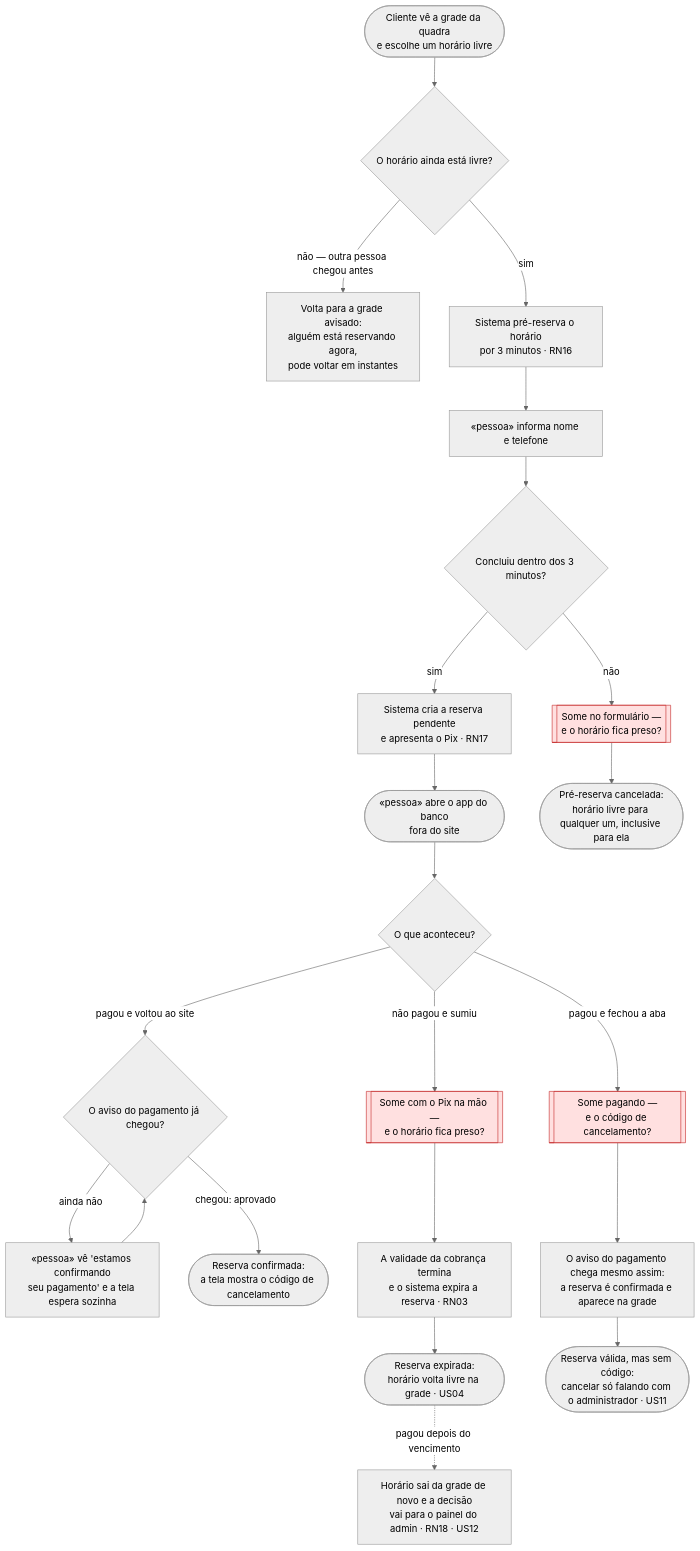
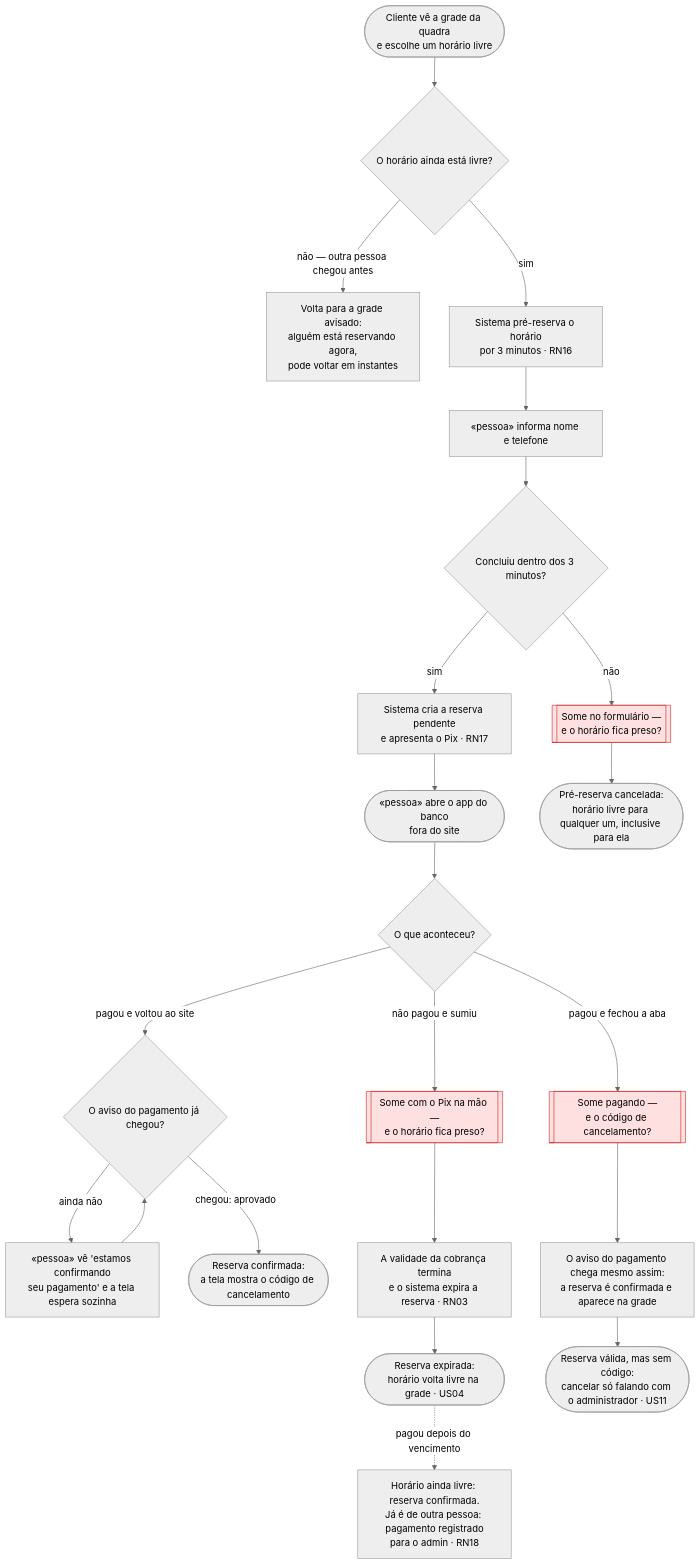
Before and after one commit to LuizGustavoSantiagoo/reserva-de-horarios: the diagram in docs/user-flows.md, drawn with Mermaid (neutral theme). The commit also changed other lines of this file, not shown here.

Commit message:
📚 docs: jornada sem pagamento em revisão

````diff
--- a/docs/user-flows.md
+++ b/docs/user-flows.md
@@ -30,28 +30,28 @@
 ```mermaid
 flowchart TD
     A(["Cliente vê a grade da quadra<br/>e escolhe um horário livre"]) --> B{"O horário ainda está livre?"}
     B -->|"não — outra pessoa chegou antes"| B1["Volta para a grade avisado:<br/>alguém está reservando agora,<br/>pode voltar em instantes"]
     B -->|"sim"| C["Sistema pré-reserva o horário<br/>por 3 minutos · RN16"]
     C --> D["«pessoa» informa nome e telefone"]
     D --> E{"Concluiu dentro dos 3 minutos?"}
     E -->|"não"| X1[["Some no formulário —<br/>e o horário fica preso?"]]
     E -->|"sim"| F["Sistema cria a reserva pendente<br/>e apresenta o Pix · RN17"]
     F --> G(["«pessoa» abre o app do banco<br/>fora do site"])
     G --> H{"O que aconteceu?"}
     H -->|"não pagou e sumiu"| X2[["Some com o Pix na mão —<br/>e o horário fica preso?"]]
     H -->|"pagou e fechou a aba"| X3[["Some pagando —<br/>e o código de cancelamento?"]]
     H -->|"pagou e voltou ao site"| I{"O aviso do pagamento já chegou?"}
     I -->|"ainda não"| J["«pessoa» vê 'estamos confirmando<br/>seu pagamento' e a tela espera sozinha"]
     J --> I
     I -->|"chegou: aprovado"| K(["Reserva confirmada:<br/>a tela mostra o código de cancelamento"])
     X2 --> L["A validade da cobrança termina<br/>e o sistema expira a reserva · RN03"]
     L --> M(["Reserva expirada:<br/>horário volta livre na grade · US04"])
-    M -.->|"pagou depois do vencimento"| N["Horário sai da grade de novo e a decisão<br/>vai para o painel do admin · RN18 · US12"]
+    M -.->|"pagou depois do vencimento"| N["Horário ainda livre: reserva confirmada.<br/>Já é de outra pessoa: pagamento registrado<br/>para o admin · RN18"]
     X3 --> O["O aviso do pagamento chega mesmo assim:<br/>a reserva é confirmada e aparece na grade"]
     O --> P(["Reserva válida, mas sem código:<br/>cancelar só falando com o administrador · US11"])
     X1 --> Q(["Pré-reserva cancelada:<br/>horário livre para qualquer um, inclusive para ela"])
 
     style X1 fill:#ffe0e0,stroke:#c62828
     style X2 fill:#ffe0e0,stroke:#c62828
     style X3 fill:#ffe0e0,stroke:#c62828
 ```
````
